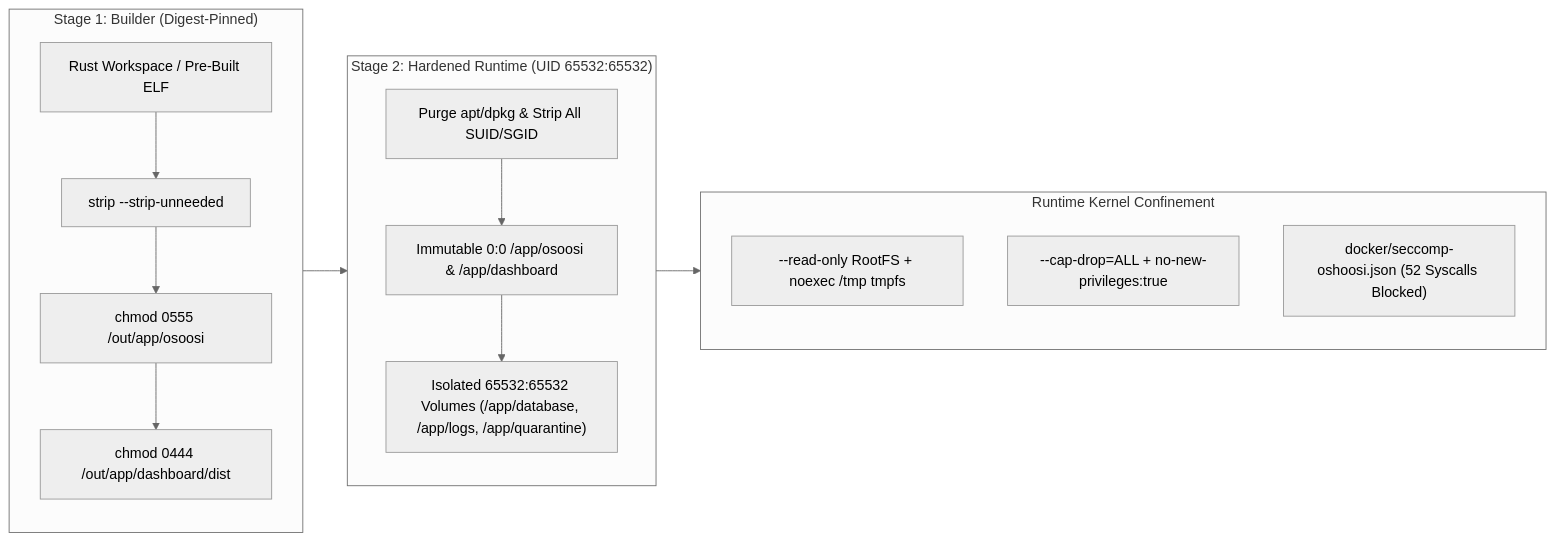
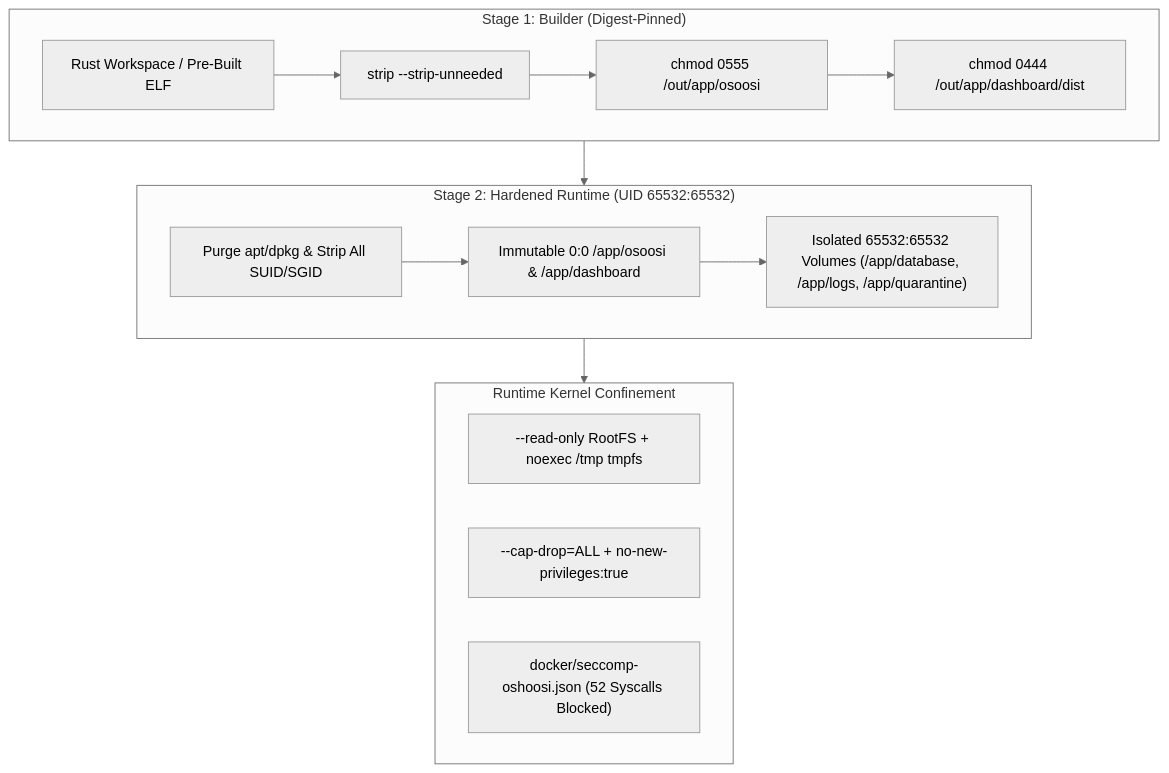
One commit to oyesanyf/OshoosiClaw changed diagram 26 of 33 in README.md. Above: the diagram before and after it, drawn with Mermaid (neutral theme). The commit also changed other lines of this file and 40 other files, not shown here.

````diff
--- a/README.md
+++ b/README.md
@@ -2086,21 +2307,21 @@
 ```mermaid
-flowchart LR
+flowchart TD
     subgraph Stage1["Stage 1: Builder (Digest-Pinned)"]
         S1A["Rust Workspace / Pre-Built ELF"] --> S1B["strip --strip-unneeded"]
         S1B --> S1C["chmod 0555 /out/app/osoosi"]
         S1C --> S1D["chmod 0444 /out/app/dashboard/dist"]
     end
 
     subgraph Stage2["Stage 2: Hardened Runtime (UID 65532:65532)"]
         S2A["Purge apt/dpkg & Strip All SUID/SGID"] --> S2B["Immutable 0:0 /app/osoosi & /app/dashboard"]
         S2B --> S2C["Isolated 65532:65532 Volumes (/app/database, /app/logs, /app/quarantine)"]
     end
 
     subgraph Confinement["Runtime Kernel Confinement"]
         C1["--read-only RootFS + noexec /tmp tmpfs"]
         C2["--cap-drop=ALL + no-new-privileges:true"]
         C3["docker/seccomp-oshoosi.json (52 Syscalls Blocked)"]
     end
 
     Stage1 --> Stage2 --> Confinement
 ```
````
